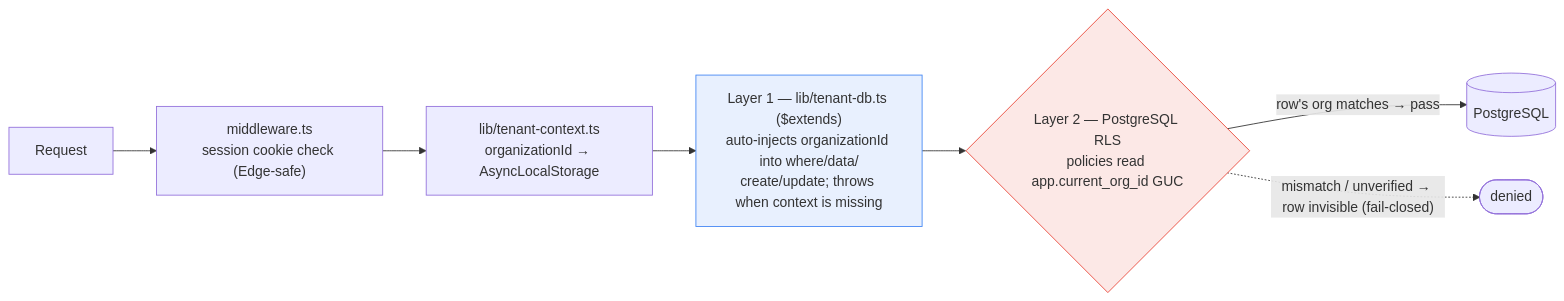
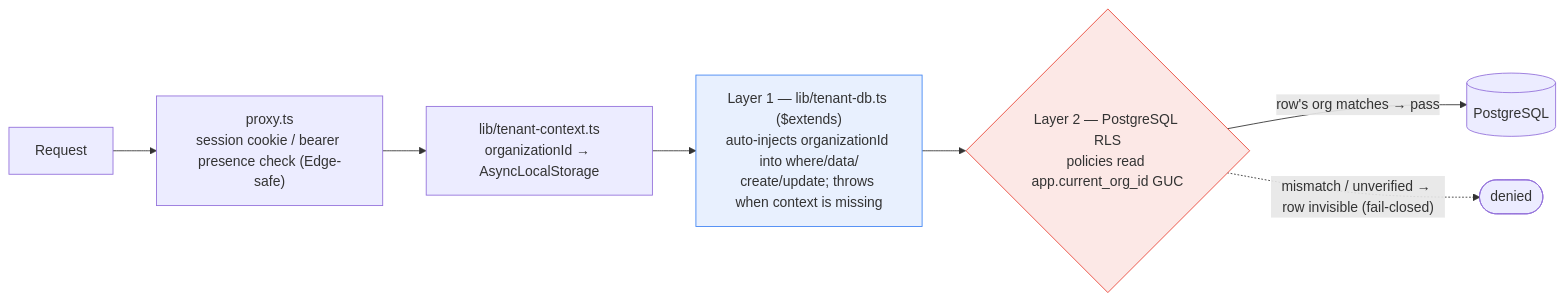
One commit to johnlynas/nipp changed the sixth of 14 diagrams in ARCHITECTURE.md. Above: the diagram before and after it, drawn with Mermaid. The commit also changed other lines of this file and 3 other files, not shown here.

````diff
--- a/ARCHITECTURE.md
+++ b/ARCHITECTURE.md
@@ -442,14 +442,14 @@
 ```mermaid
 flowchart LR
-    REQ[Request] --> MW["middleware.ts<br/>session cookie check (Edge-safe)"]
+    REQ[Request] --> MW["proxy.ts<br/>session cookie / bearer presence check (Edge-safe)"]
     MW --> ALS["lib/tenant-context.ts<br/>organizationId → AsyncLocalStorage"]
     ALS --> EXT["Layer 1 — lib/tenant-db.ts ($extends)<br/>auto-injects organizationId into where/data/<br/>create/update; throws when context is missing"]
     EXT --> RLS{"Layer 2 — PostgreSQL RLS<br/>policies read app.current_org_id GUC"}
 
     DB[(PostgreSQL)]
     RLS -- "row's org matches → pass" --> DB
     RLS -. "mismatch / unverified → row invisible (fail-closed)" .-> X(["denied"])
 
     style EXT fill:#e8f0fe,stroke:#4285f4
     style RLS fill:#fce8e6,stroke:#ea4335
 ```
````
